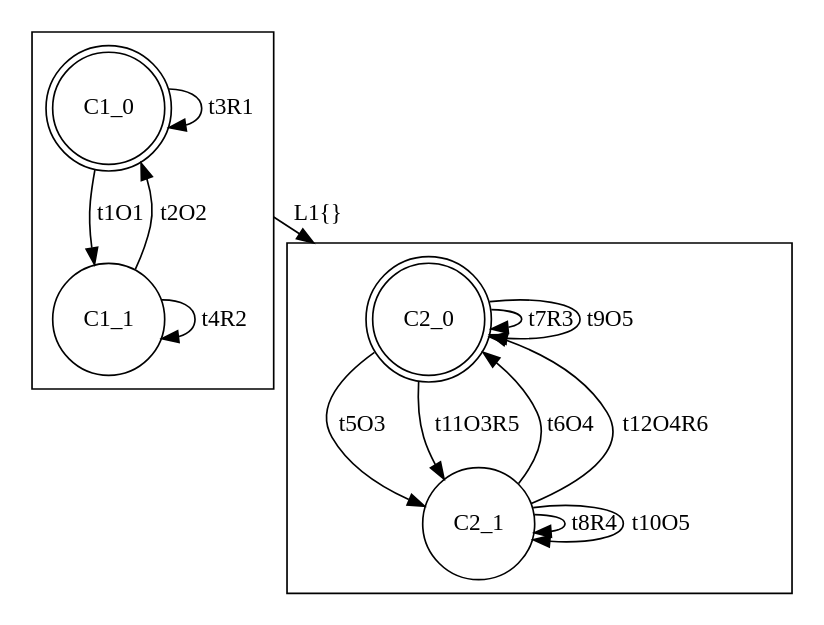
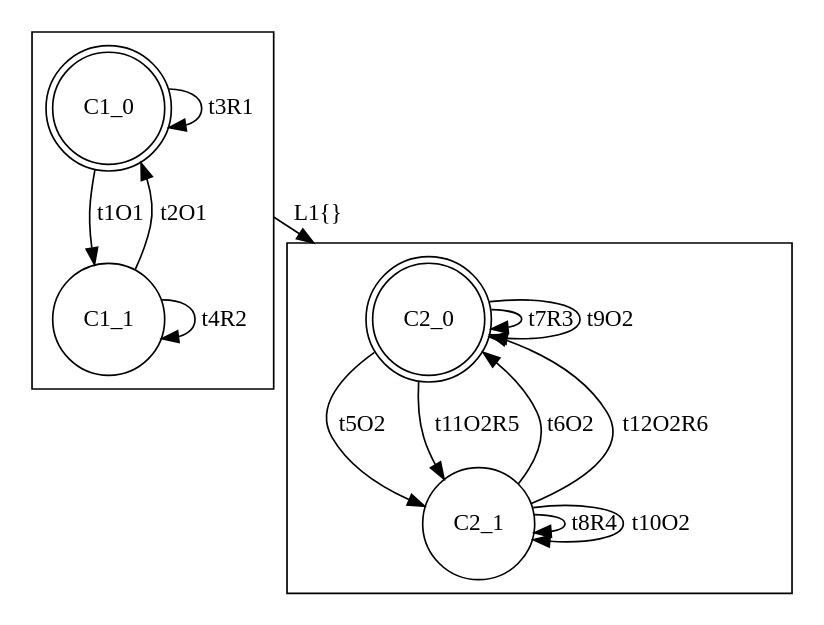
The diagram in input/s2.dot (Stefano-BS/Explanatory-Diagnosis), drawn with Graphviz before and after one commit. The commit also changed 86 other files, not shown here.

```diff
--- a/input/s2.dot
+++ b/input/s2.dot
@@ -1,23 +1,23 @@
 digraph "input/s2" {
 size="8,5"
 compound=true
 subgraph cluster1 {node [shape=doublecircle]; C1_0;
 node [shape=circle];
 C1_0 -> C1_1 [label="t1O1"];
-C1_1 -> C1_0 [label="t2O2"];
+C1_1 -> C1_0 [label="t2O1"];
 C1_0 -> C1_0 [label="t3R1"];
 C1_1 -> C1_1 [label="t4R2"];
 }
 subgraph cluster2 {node [shape=doublecircle]; C2_0;
 node [shape=circle];
-C2_0 -> C2_1 [label="t5O3"];
-C2_1 -> C2_0 [label="t6O4"];
+C2_0 -> C2_1 [label="t5O2"];
+C2_1 -> C2_0 [label="t6O2"];
 C2_0 -> C2_0 [label="t7R3"];
 C2_1 -> C2_1 [label="t8R4"];
-C2_0 -> C2_0 [label="t9O5"];
-C2_1 -> C2_1 [label="t10O5"];
-C2_0 -> C2_1 [label="t11O3R5"];
-C2_1 -> C2_0 [label="t12O4R6"];
+C2_0 -> C2_0 [label="t9O2"];
+C2_1 -> C2_1 [label="t10O2"];
+C2_0 -> C2_1 [label="t11O2R5"];
+C2_1 -> C2_0 [label="t12O2R6"];
 }
 C1_0 -> C2_0 [ltail=cluster1 lhead=cluster2 label="L1{}"];
 }
```
